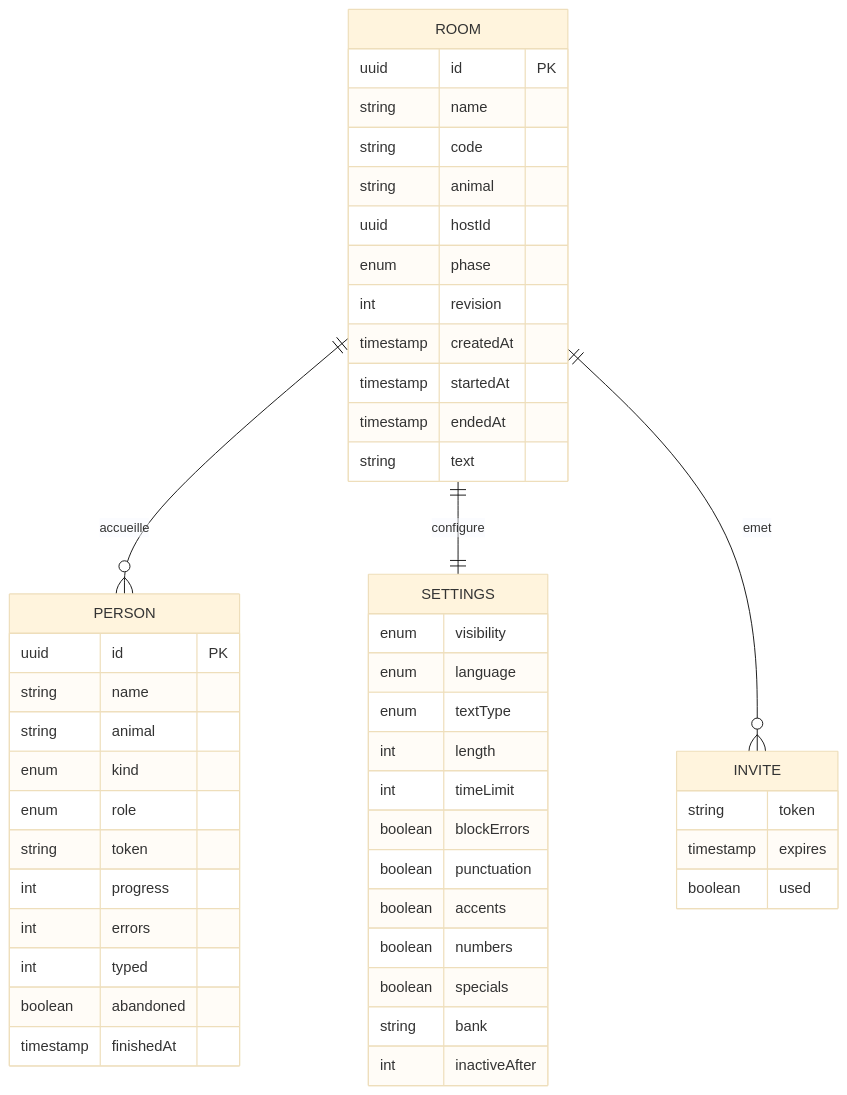
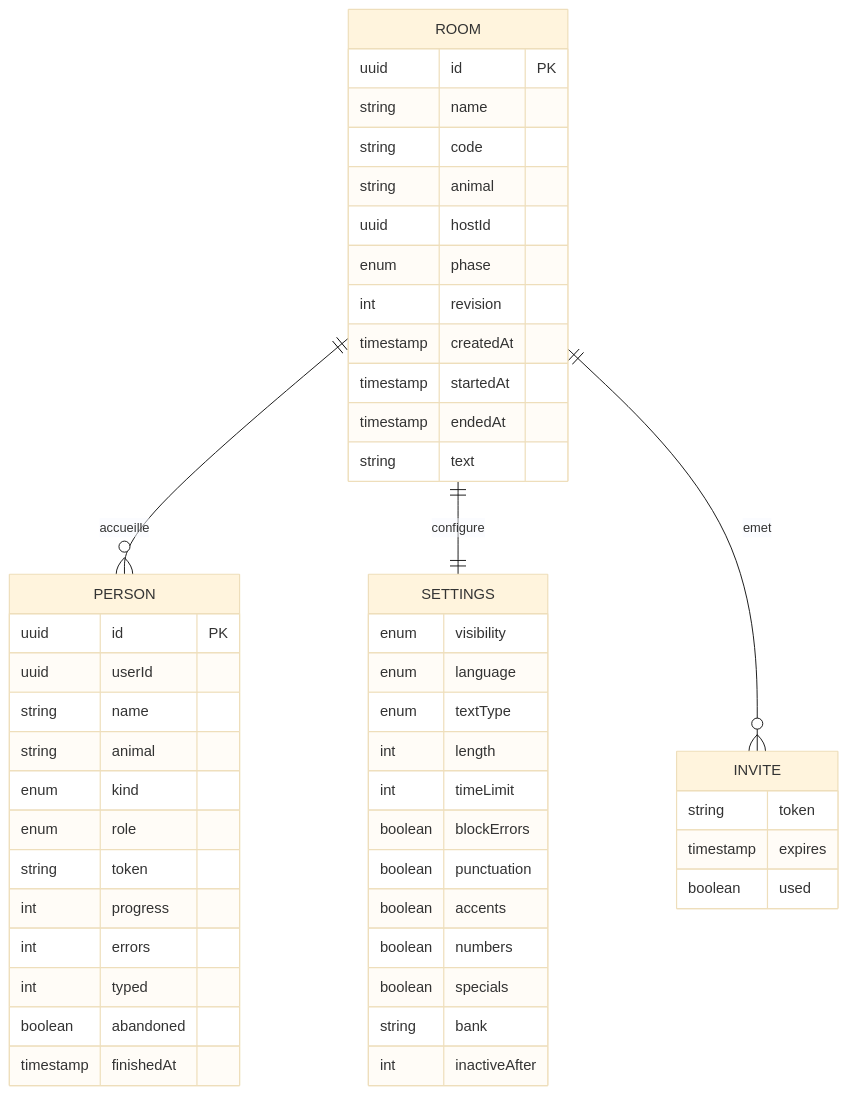
One commit to marissa274/Guepard-typing-website changed the second of 2 diagrams in docs/architecture/schema-donnees.md. Above: the diagram before and after it, drawn with Mermaid (base theme). The commit also changed other lines of this file and 6 other files, not shown here.

````diff
--- a/docs/architecture/schema-donnees.md
+++ b/docs/architecture/schema-donnees.md
@@ -33,51 +43,52 @@
 ```mermaid
 erDiagram
     ROOM ||--o{ PERSON : accueille
     ROOM ||--|| SETTINGS : configure
     ROOM ||--o{ INVITE : emet
     ROOM {
       uuid id PK
       string name
       string code
       string animal
       uuid hostId
       enum phase
       int revision
       timestamp createdAt
       timestamp startedAt
       timestamp endedAt
       string text
     }
     PERSON {
       uuid id PK
+      uuid userId
       string name
       string animal
       enum kind
       enum role
       string token
       int progress
       int errors
       int typed
       boolean abandoned
       timestamp finishedAt
     }
     SETTINGS {
       enum visibility
       enum language
       enum textType
       int length
       int timeLimit
       boolean blockErrors
       boolean punctuation
       boolean accents
       boolean numbers
       boolean specials
       string bank
       int inactiveAfter
     }
     INVITE {
       string token
       timestamp expires
       boolean used
     }
 ```
````
